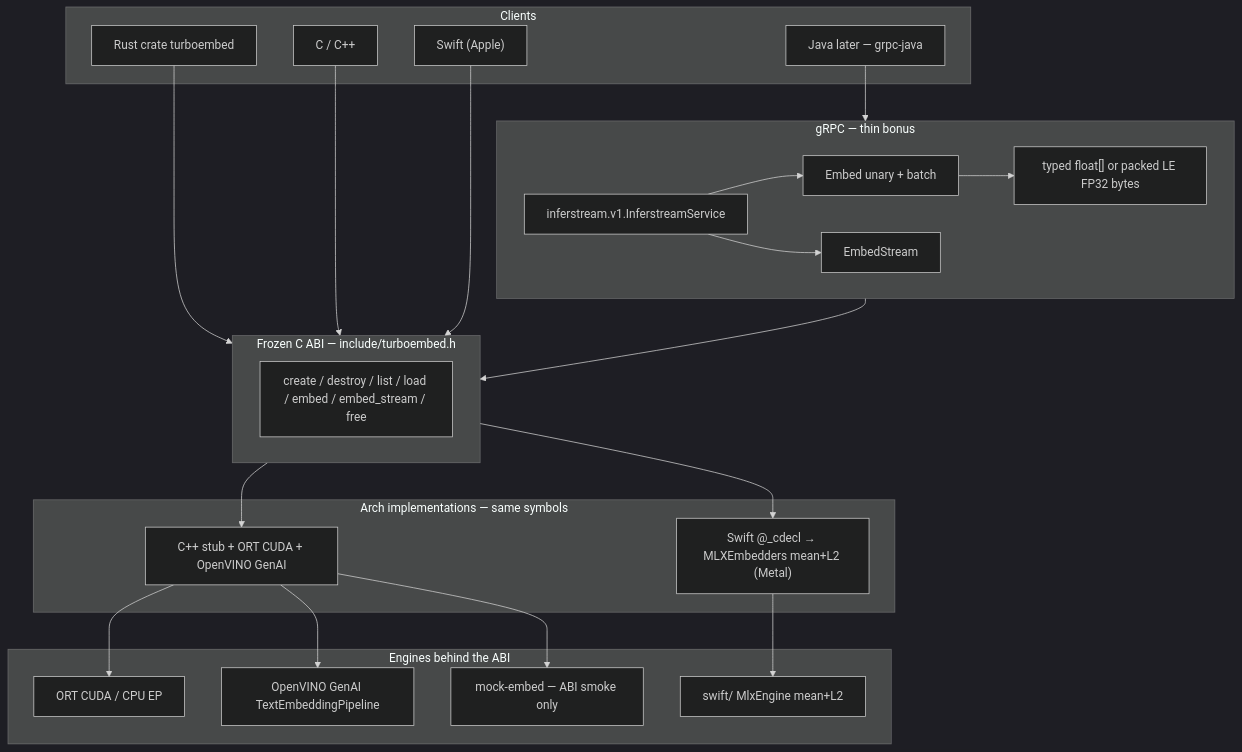
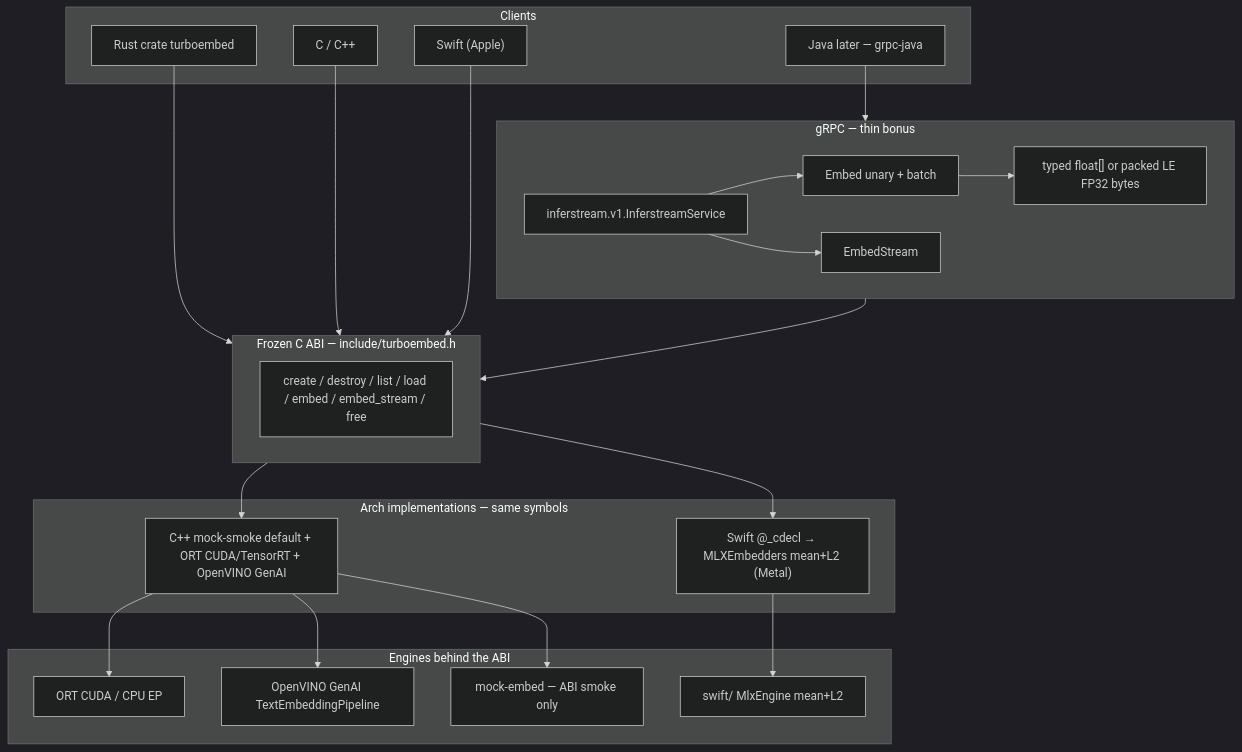
One commit to ai-pipestream/turboembed changed the diagram in docs/turboembed-architecture.md. Above: the diagram before and after it, drawn with Mermaid (dark theme). The commit also changed other lines of this file and 7 other files, not shown here.

````diff
--- a/docs/turboembed-architecture.md
+++ b/docs/turboembed-architecture.md
@@ -15,47 +15,47 @@
 ```mermaid
 flowchart TB
     subgraph clients [Clients]
         Rust["Rust crate turboembed"]
         C["C / C++"]
         Swift["Swift (Apple)"]
         Java["Java later — grpc-java"]
     end
 
     subgraph grpc [gRPC — thin bonus]
         Ext["inferstream.v1.InferstreamService"]
         Embed["Embed unary + batch"]
         Stream["EmbedStream"]
         Packed["typed float[] or packed LE FP32 bytes"]
     end
 
     subgraph abi [Frozen C ABI — include/turboembed.h]
         H["create / destroy / list / load / embed / embed_stream / free"]
     end
 
     subgraph impl [Arch implementations — same symbols]
-        Cpp["C++ stub + ORT CUDA + OpenVINO GenAI"]
+        Cpp["C++ mock-smoke default + ORT CUDA/TensorRT + OpenVINO GenAI"]
         Mlx["Swift @_cdecl → MLXEmbedders mean+L2 (Metal)"]
     end
 
     subgraph engines [Engines behind the ABI]
         ORT["ORT CUDA / CPU EP"]
         GenAI["OpenVINO GenAI TextEmbeddingPipeline"]
         Apple["swift/ MlxEngine mean+L2"]
         Mock["mock-embed — ABI smoke only"]
     end
 
     Rust --> abi
     C --> abi
     Swift --> abi
     Java --> grpc
     grpc --> abi
     Ext --> Embed
     Ext --> Stream
     Embed --> Packed
     abi --> Cpp
     abi --> Mlx
     Cpp --> ORT
     Cpp --> GenAI
     Cpp --> Mock
     Mlx --> Apple
 ```
````
